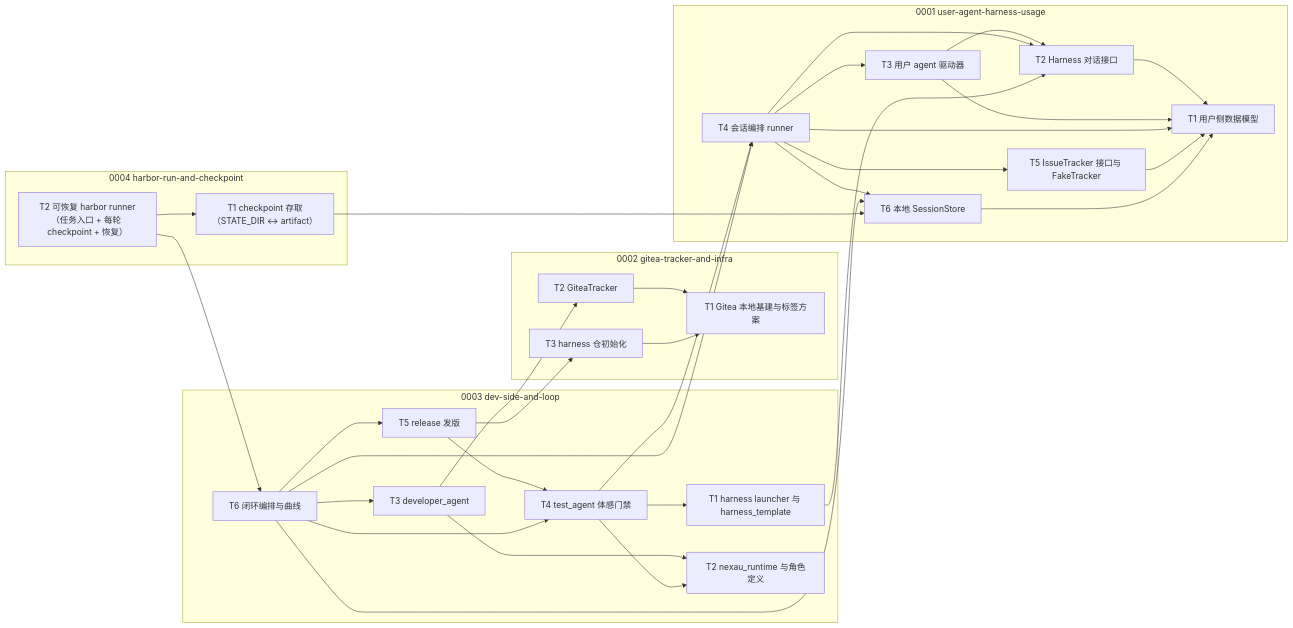
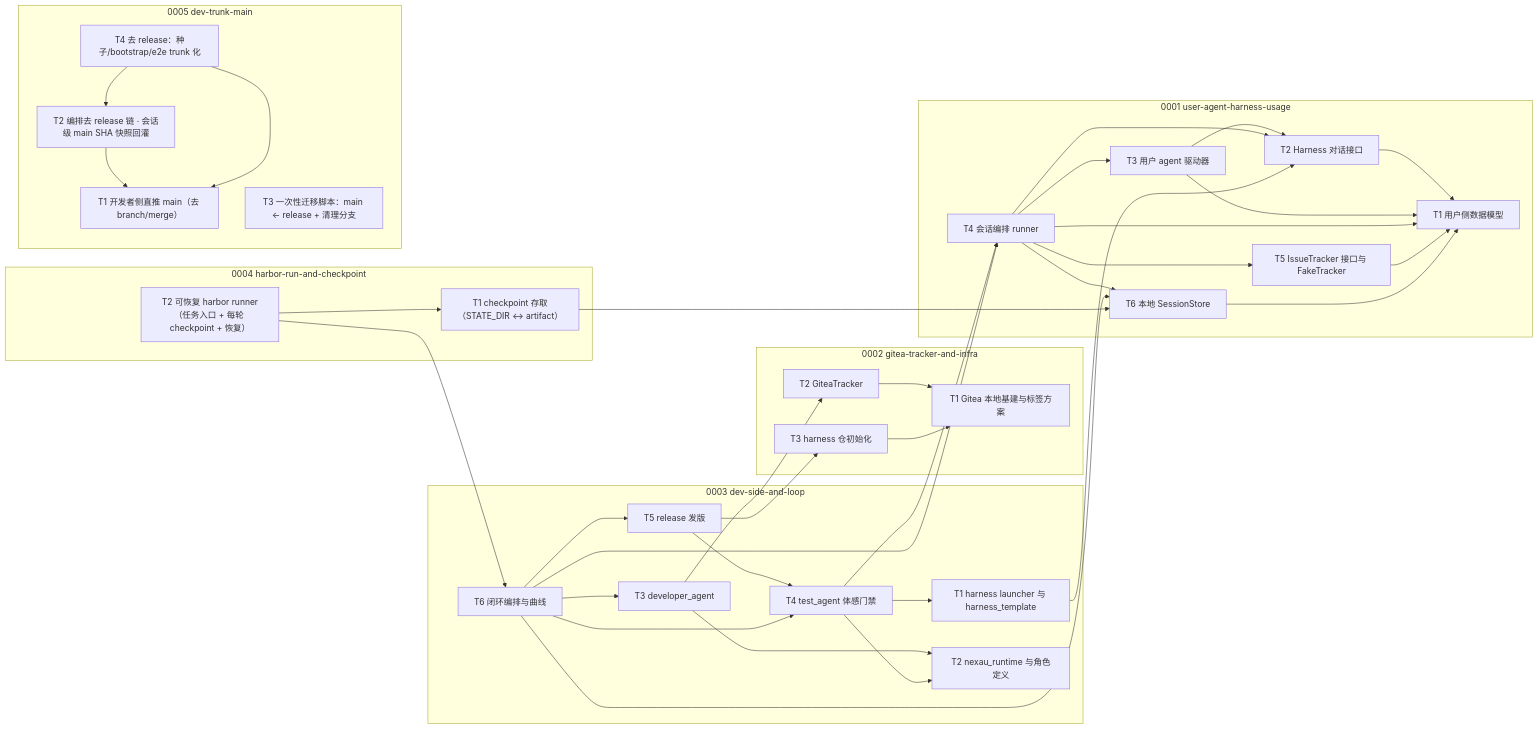
The first of 8 diagrams in docs/specs/OVERVIEW.md (Curry09/AHE-Beta), drawn with Mermaid before and after one commit. The commit also changed other lines of this file and 6 other files, not shown here.

First line of the commit message:
docs(spec-0005): 开发者侧改纯 trunk(main) 自进化 spec（去 release/发版/门禁/回退）

````diff
--- a/docs/specs/OVERVIEW.md
+++ b/docs/specs/OVERVIEW.md
@@ -119,56 +186,65 @@
 ```mermaid
 graph LR
     subgraph G0001[0001 user-agent-harness-usage]
         n0001_T1["T1 用户侧数据模型"]
         n0001_T2["T2 Harness 对话接口"]
         n0001_T3["T3 用户 agent 驱动器"]
         n0001_T4["T4 会话编排 runner"]
         n0001_T5["T5 IssueTracker 接口与 FakeTracker"]
         n0001_T6["T6 本地 SessionStore"]
     end
     subgraph G0002[0002 gitea-tracker-and-infra]
         n0002_T1["T1 Gitea 本地基建与标签方案"]
         n0002_T2["T2 GiteaTracker"]
         n0002_T3["T3 harness 仓初始化"]
     end
     subgraph G0003[0003 dev-side-and-loop]
         n0003_T1["T1 harness launcher 与 harness_template"]
         n0003_T2["T2 nexau_runtime 与角色定义"]
         n0003_T3["T3 developer_agent"]
         n0003_T4["T4 test_agent 体感门禁"]
         n0003_T5["T5 release 发版"]
         n0003_T6["T6 闭环编排与曲线"]
     end
     subgraph G0004[0004 harbor-run-and-checkpoint]
         n0004_T1["T1 checkpoint 存取（STATE_DIR ↔ artifact）"]
         n0004_T2["T2 可恢复 harbor runner（任务入口 + 每轮 checkpoint + 恢复）"]
+    end
+    subgraph G0005[0005 dev-trunk-main]
+        n0005_T1["T1 开发者侧直推 main（去 branch/merge）"]
+        n0005_T2["T2 编排去 release 链 · 会话级 main SHA 快照回灌"]
+        n0005_T3["T3 一次性迁移脚本：main ← release + 清理分支"]
+        n0005_T4["T4 去 release：种子/bootstrap/e2e trunk 化"]
     end
     n0001_T2 --> n0001_T1
     n0001_T3 --> n0001_T1
     n0001_T3 --> n0001_T2
     n0001_T4 --> n0001_T1
     n0001_T4 --> n0001_T2
     n0001_T4 --> n0001_T3
     n0001_T4 --> n0001_T5
     n0001_T4 --> n0001_T6
     n0001_T5 --> n0001_T1
     n0001_T6 --> n0001_T1
     n0002_T2 --> n0002_T1
     n0002_T3 --> n0002_T1
     n0003_T1 --> n0001_T2
     n0003_T3 --> n0003_T2
     n0003_T3 --> n0002_T2
     n0003_T4 --> n0003_T1
     n0003_T4 --> n0003_T2
     n0003_T4 --> n0001_T4
     n0003_T5 --> n0003_T4
     n0003_T5 --> n0002_T3
     n0003_T6 --> n0003_T3
     n0003_T6 --> n0003_T4
     n0003_T6 --> n0003_T5
     n0003_T6 --> n0001_T4
     n0003_T6 --> n0001_T6
     n0004_T1 --> n0001_T6
     n0004_T2 --> n0004_T1
     n0004_T2 --> n0003_T6
+    n0005_T2 --> n0005_T1
+    n0005_T4 --> n0005_T1
+    n0005_T4 --> n0005_T2
 ```
````
